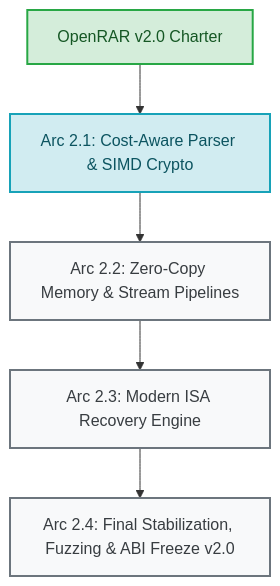
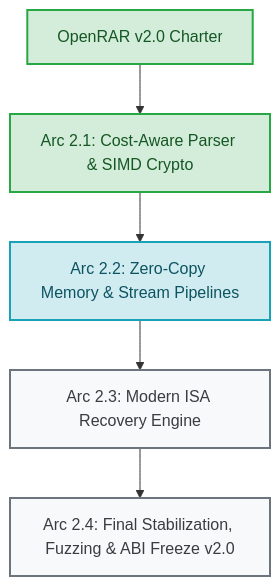
Before and after one commit to geometric-dev/openrar: the diagram in docs/v2.0-charter.md, drawn with Mermaid. The commit also changed other lines of this file and 3 other files, not shown here.

Commit message:
docs(roadmap): charter re-baseline, v2.2-v2.4 master roadmap, and v2.2.0 implementation plan

````diff
--- a/docs/v2.0-charter.md
+++ b/docs/v2.0-charter.md
@@ -116,14 +116,15 @@
 ```mermaid
 graph TD
     v20[OpenRAR v2.0 Charter] --> Arc21[Arc 2.1: Cost-Aware Parser & SIMD Crypto]
     Arc21 --> Arc22[Arc 2.2: Zero-Copy Memory & Stream Pipelines]
     Arc22 --> Arc23[Arc 2.3: Modern ISA Recovery Engine]
     Arc23 --> Arc24[Arc 2.4: Final Stabilization, Fuzzing & ABI Freeze v2.0]
 
     classDef done fill:#d4edda,stroke:#28a745,stroke-width:2px,color:#155724;
     classDef active fill:#d1ecf1,stroke:#17a2b8,stroke-width:2px,color:#0c5460;
     classDef planned fill:#f8f9fa,stroke:#6c757d,stroke-width:2px,color:#383d41;
     class v20 done;
-    class Arc21 active;
-    class Arc22,Arc23,Arc24 planned;
+    class Arc21 done;
+    class Arc22 active;
+    class Arc23,Arc24 planned;
 ```
````
